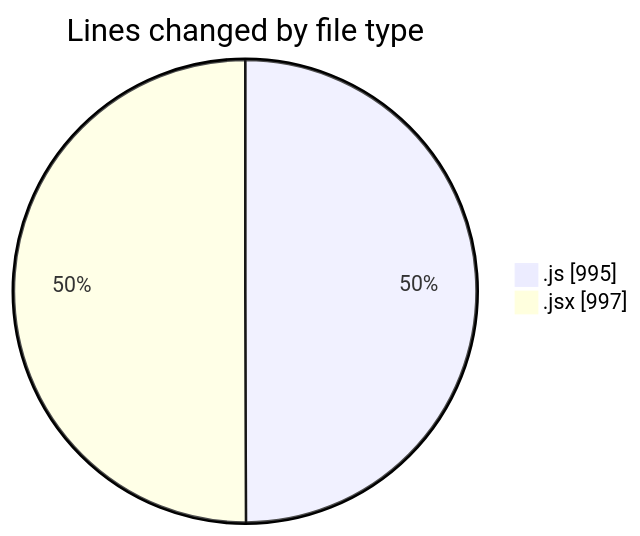
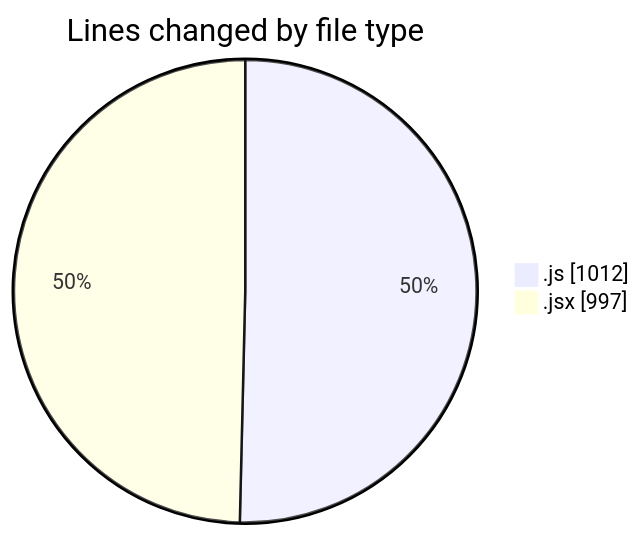
Before and after one commit to nxtqubesakshisongat/code-tracking: the first of 2 diagrams in 2025-04-08/nxtqube_webapp/README.md, drawn with Mermaid. The commit also changed other lines of this file and 1 other file, not shown here.

````diff
--- a/2025-04-08/nxtqube_webapp/README.md
+++ b/2025-04-08/nxtqube_webapp/README.md
@@ -23,6 +24,6 @@
 ```mermaid
 pie showData
 title Lines changed by file type
-".js" : 995
+".js" : 1012
 ".jsx" : 997
 ```
````
